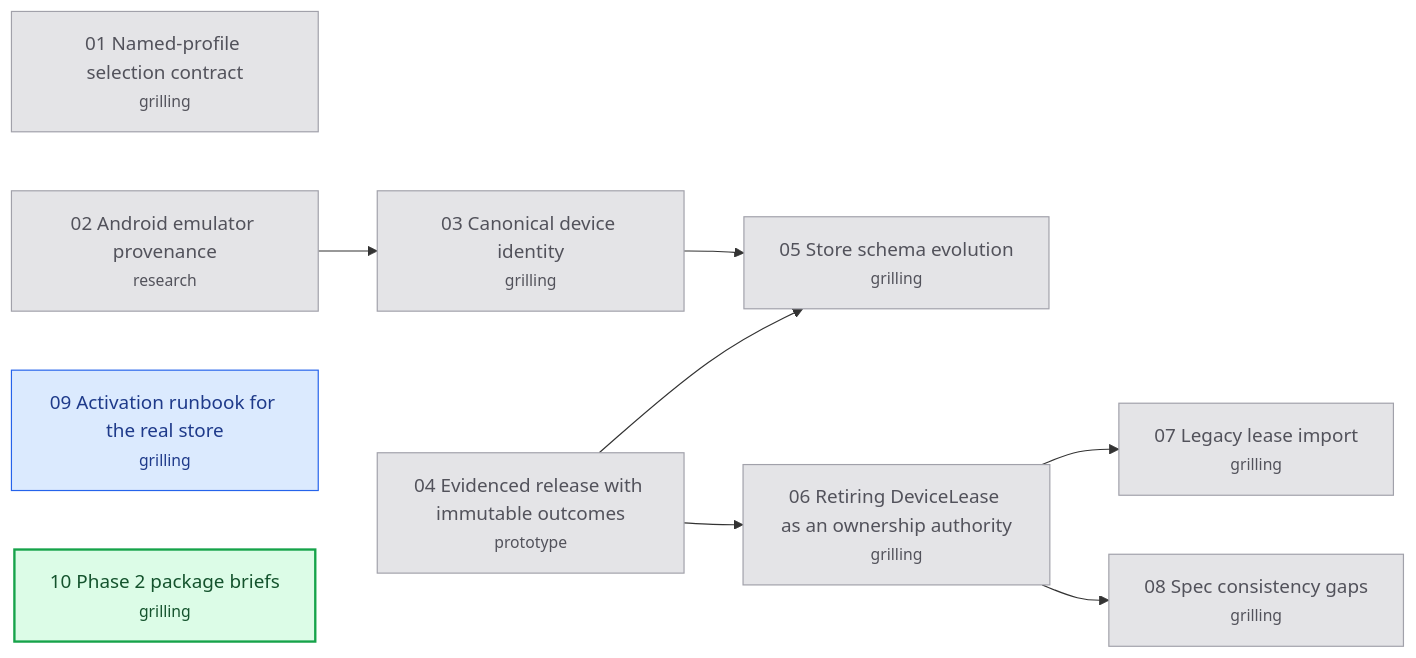
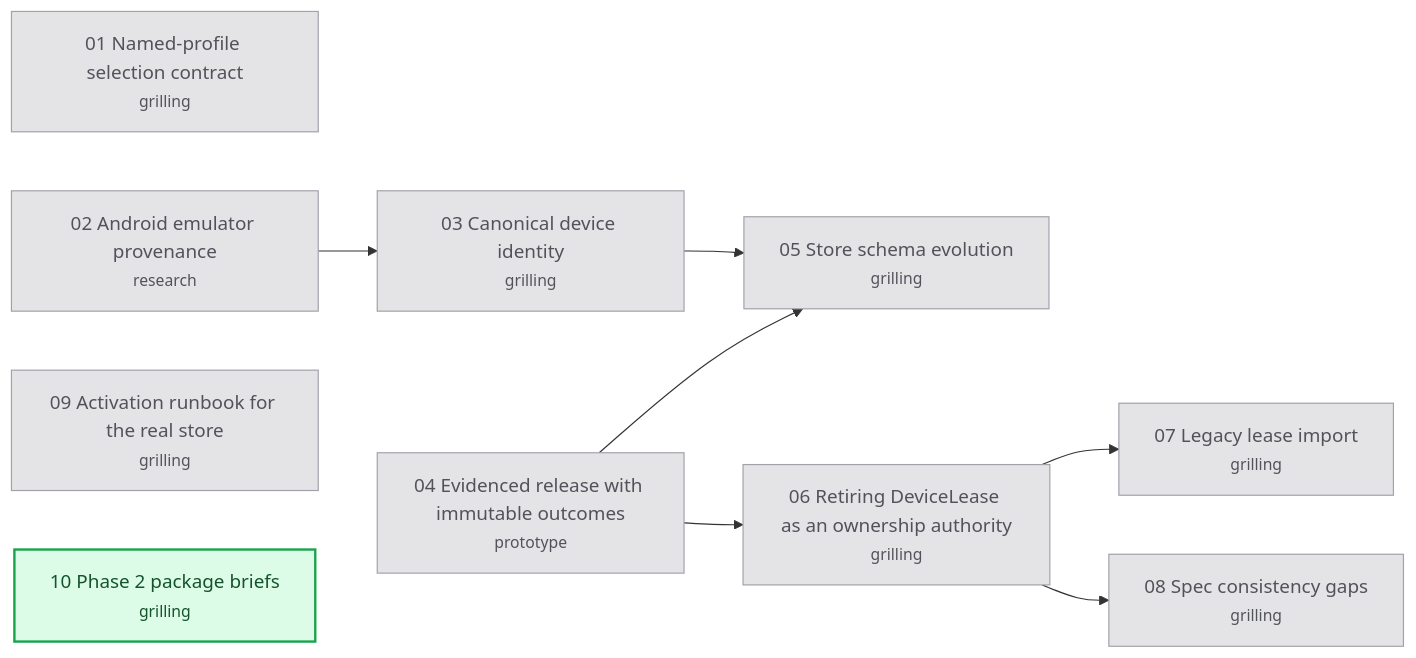
The diagram in .scratch/appium-phase2/map.md (hugues-vnsgn/jev-ios-bridge), drawn with Mermaid before and after one commit. The commit also changed other lines of this file and 3 other files, not shown here.

````diff
--- a/.scratch/appium-phase2/map.md
+++ b/.scratch/appium-phase2/map.md
@@ -45,26 +46,25 @@
 ```mermaid
 flowchart LR
     T01["01 Named-profile selection contract<br/><small>grilling</small>"]
     T02["02 Android emulator provenance<br/><small>research</small>"]
     T03["03 Canonical device identity<br/><small>grilling</small>"]
     T04["04 Evidenced release with immutable outcomes<br/><small>prototype</small>"]
     T05["05 Store schema evolution<br/><small>grilling</small>"]
     T06["06 Retiring DeviceLease as an ownership authority<br/><small>grilling</small>"]
     T07["07 Legacy lease import<br/><small>grilling</small>"]
     T08["08 Spec consistency gaps<br/><small>grilling</small>"]
     T09["09 Activation runbook for the real store<br/><small>grilling</small>"]
     T10["10 Phase 2 package briefs<br/><small>grilling</small>"]
     T02 --> T03
     T03 --> T05
     T04 --> T05
     T04 --> T06
     T06 --> T07
     T06 --> T08
     classDef resolved fill:#e4e4e7,stroke:#a1a1aa,color:#52525b
     classDef claimed fill:#dbeafe,stroke:#2563eb,color:#1e3a8a
     classDef frontier fill:#dcfce7,stroke:#16a34a,color:#14532d,stroke-width:2px
     classDef blocked fill:#ffffff,stroke:#a1a1aa,color:#18181b
-    class T01,T02,T03,T04,T05,T06,T07,T08 resolved
-    class T09 claimed
+    class T01,T02,T03,T04,T05,T06,T07,T08,T09 resolved
     class T10 frontier
 ```
````
